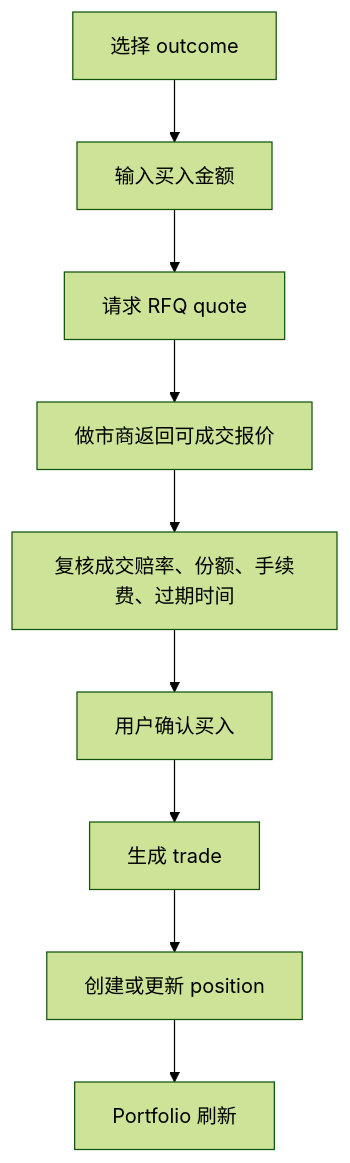
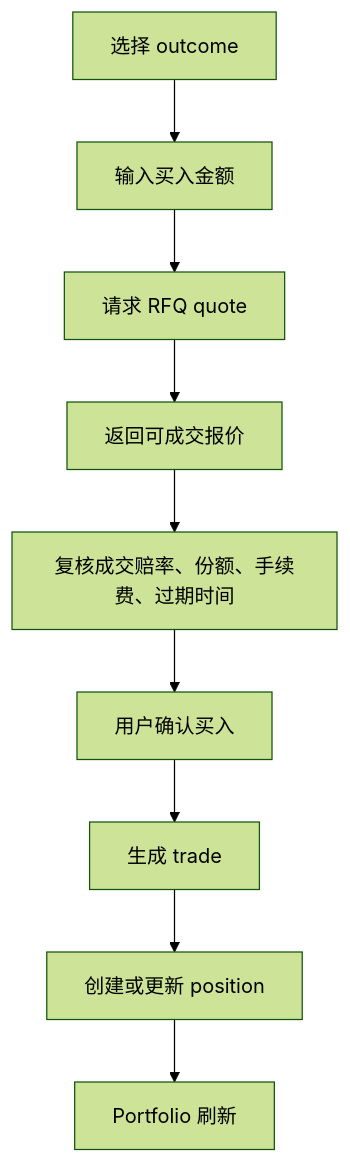
The second of 6 diagrams in Stake足球盘口研究/04_正式产品文档/TurboFlow足球RFQ预测交易市场产品需求文档_v7.0.md (Errance/TurboFlow), drawn with Mermaid (forest theme) before and after one commit. The commit also changed other lines of this file and 2 other files, not shown here.

````diff
--- a/Stake足球盘口研究/04_正式产品文档/TurboFlow足球RFQ预测交易市场产品需求文档_v7.0.md
+++ b/Stake足球盘口研究/04_正式产品文档/TurboFlow足球RFQ预测交易市场产品需求文档_v7.0.md
@@ -118,11 +118,11 @@
 ```mermaid
 flowchart TD
   selectOutcome["选择 outcome"] --> inputAmount["输入买入金额"]
   inputAmount --> requestQuote["请求 RFQ quote"]
-  requestQuote --> providerQuote["做市商返回可成交报价"]
+  requestQuote --> providerQuote["返回可成交报价"]
   providerQuote --> review["复核成交赔率、份额、手续费、过期时间"]
   review --> confirm["用户确认买入"]
   confirm --> trade["生成 trade"]
   trade --> position["创建或更新 position"]
   position --> portfolio["Portfolio 刷新"]
 ```
````
